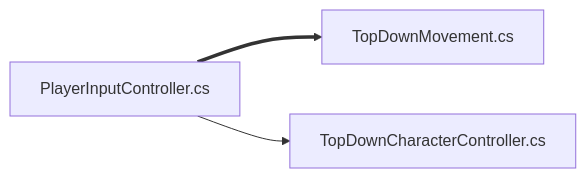
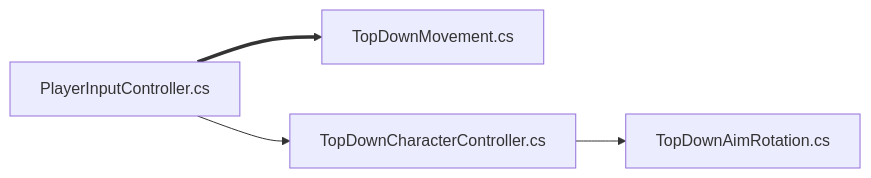
The diagram in README.md (s8st/20240314TopDown), drawn with Mermaid before and after one commit. The commit also changed other lines of this file, not shown here.

````diff
--- a/README.md
+++ b/README.md
@@ -8,7 +8,8 @@
 ```mermaid
 %% TD : topdown, LR : left right%%
 graph LR;  
     PlayerInputController.cs==>TopDownMovement.cs;
     PlayerInputController.cs-->TopDownCharacterController.cs;
+TopDownCharacterController.cs-->TopDownAimRotation.cs 
     
 ```
````
